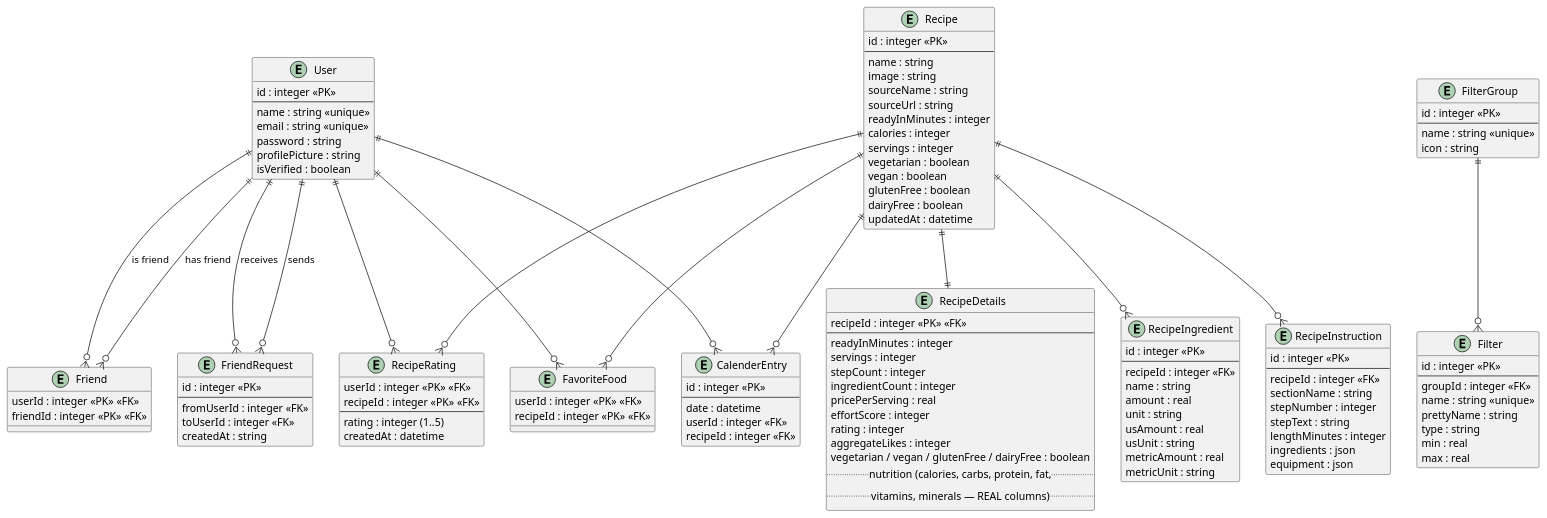
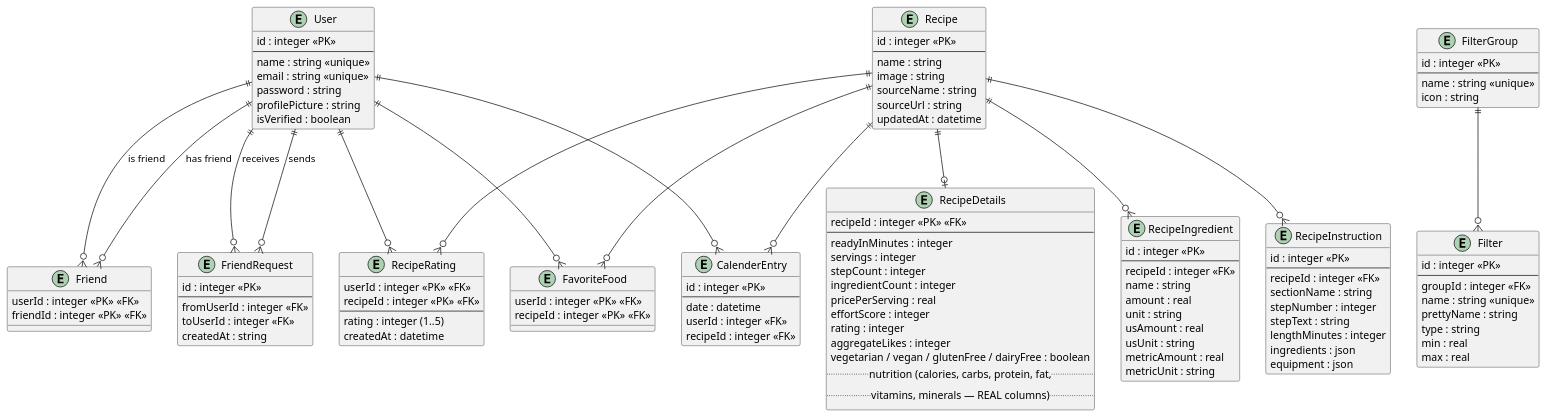
One commit to 2526-wmc-3bhif-classroom-org/sommerprojekt-wmc-forkcast changed the diagram in erd.puml. Above: the diagram before and after it, drawn with PlantUML. The commit also changed 2 other files, not shown here.

Commit message:
refactor(db): drop Recipe columns that duplicate RecipeDetails
- remove dead readyInMinutes/calories/servings/diet-flag columns from
  Recipe (never read or written; RecipeDetails is the source of truth)
- add idempotent DROP COLUMN migrations for existing databases
- update erd.puml + README ERD to 6-column Recipe, 0..1 RecipeDetails

```diff
--- a/erd.puml
+++ b/erd.puml
@@ -1,143 +1,136 @@
 @startuml
 
 entity "User" {
   id : integer <<PK>>
   --
   name : string <<unique>>
   email : string <<unique>>
   password : string
   profilePicture : string
   isVerified : boolean
 }
 
 entity "Friend" {
   userId : integer <<PK>> <<FK>>
   friendId : integer <<PK>> <<FK>>
 }
 
 entity "FriendRequest" {
   id : integer <<PK>>
   --
   fromUserId : integer <<FK>>
   toUserId : integer <<FK>>
   createdAt : string
 }
 
 entity "Recipe" {
   id : integer <<PK>>
   --
   name : string
   image : string
   sourceName : string
   sourceUrl : string
-  readyInMinutes : integer
-  calories : integer
-  servings : integer
-  vegetarian : boolean
-  vegan : boolean
-  glutenFree : boolean
-  dairyFree : boolean
   updatedAt : datetime
 }
 
 entity "RecipeDetails" {
   recipeId : integer <<PK>> <<FK>>
   --
   readyInMinutes : integer
   servings : integer
   stepCount : integer
   ingredientCount : integer
   pricePerServing : real
   effortScore : integer
   rating : integer
   aggregateLikes : integer
   vegetarian / vegan / glutenFree / dairyFree : boolean
   .. nutrition (calories, carbs, protein, fat, ..
   .. vitamins, minerals — REAL columns) ..
 }
 
 entity "RecipeIngredient" {
   id : integer <<PK>>
   --
   recipeId : integer <<FK>>
   name : string
   amount : real
   unit : string
   usAmount : real
   usUnit : string
   metricAmount : real
   metricUnit : string
 }
 
 entity "RecipeInstruction" {
   id : integer <<PK>>
   --
   recipeId : integer <<FK>>
   sectionName : string
   stepNumber : integer
   stepText : string
   lengthMinutes : integer
   ingredients : json
   equipment : json
 }
 
 entity "CalenderEntry" {
   id : integer <<PK>>
   --
   date : datetime
   userId : integer <<FK>>
   recipeId : integer <<FK>>
 }
 
 entity "FavoriteFood" {
   userId : integer <<PK>> <<FK>>
   recipeId : integer <<PK>> <<FK>>
 }
 
 entity "RecipeRating" {
   userId : integer <<PK>> <<FK>>
   recipeId : integer <<PK>> <<FK>>
   --
   rating : integer (1..5)
   createdAt : datetime
 }
 
 entity "FilterGroup" {
   id : integer <<PK>>
   --
   name : string <<unique>>
   icon : string
 }
 
 entity "Filter" {
   id : integer <<PK>>
   --
   groupId : integer <<FK>>
   name : string <<unique>>
   prettyName : string
   type : string
   min : real
   max : real
 }
 
 User ||--o{ Friend : has friend
 User ||--o{ Friend : is friend
 User ||--o{ FriendRequest : sends
 User ||--o{ FriendRequest : receives
 
 User ||--o{ CalenderEntry
 Recipe ||--o{ CalenderEntry
 
 User ||--o{ FavoriteFood
 Recipe ||--o{ FavoriteFood
 
 User ||--o{ RecipeRating
 Recipe ||--o{ RecipeRating
 
-Recipe ||--|| RecipeDetails
+Recipe ||--o| RecipeDetails
 Recipe ||--o{ RecipeIngredient
 Recipe ||--o{ RecipeInstruction
 
 FilterGroup ||--o{ Filter
 
 @enduml
```
